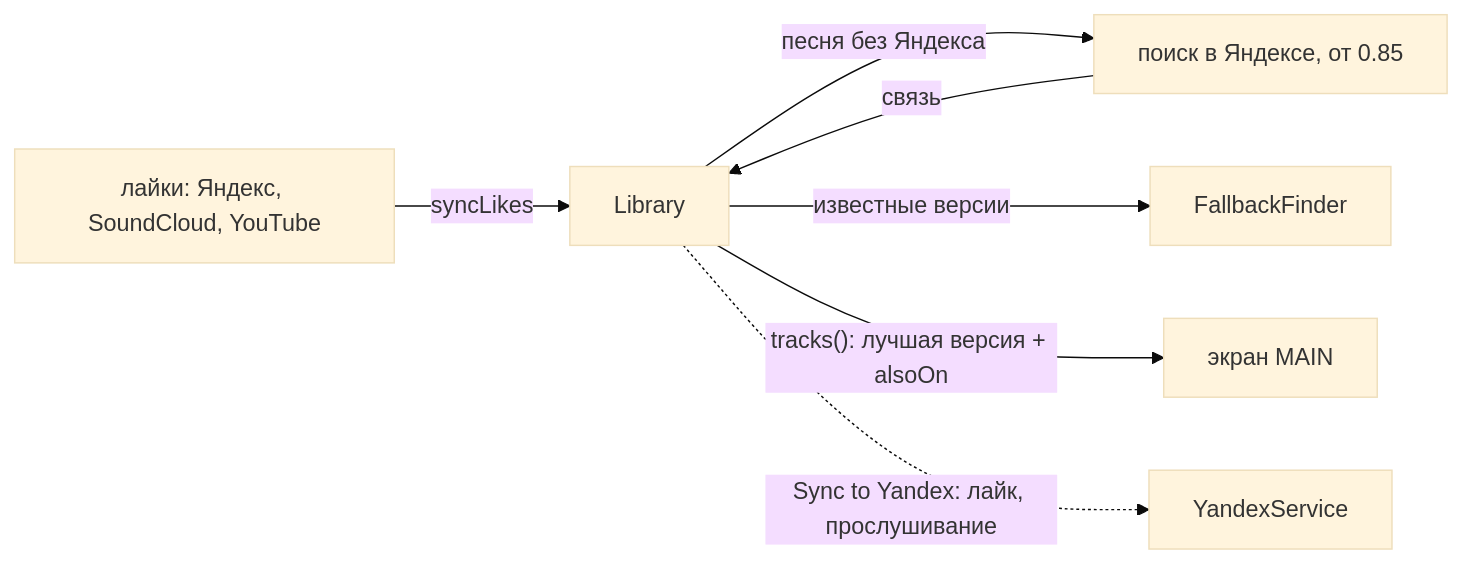
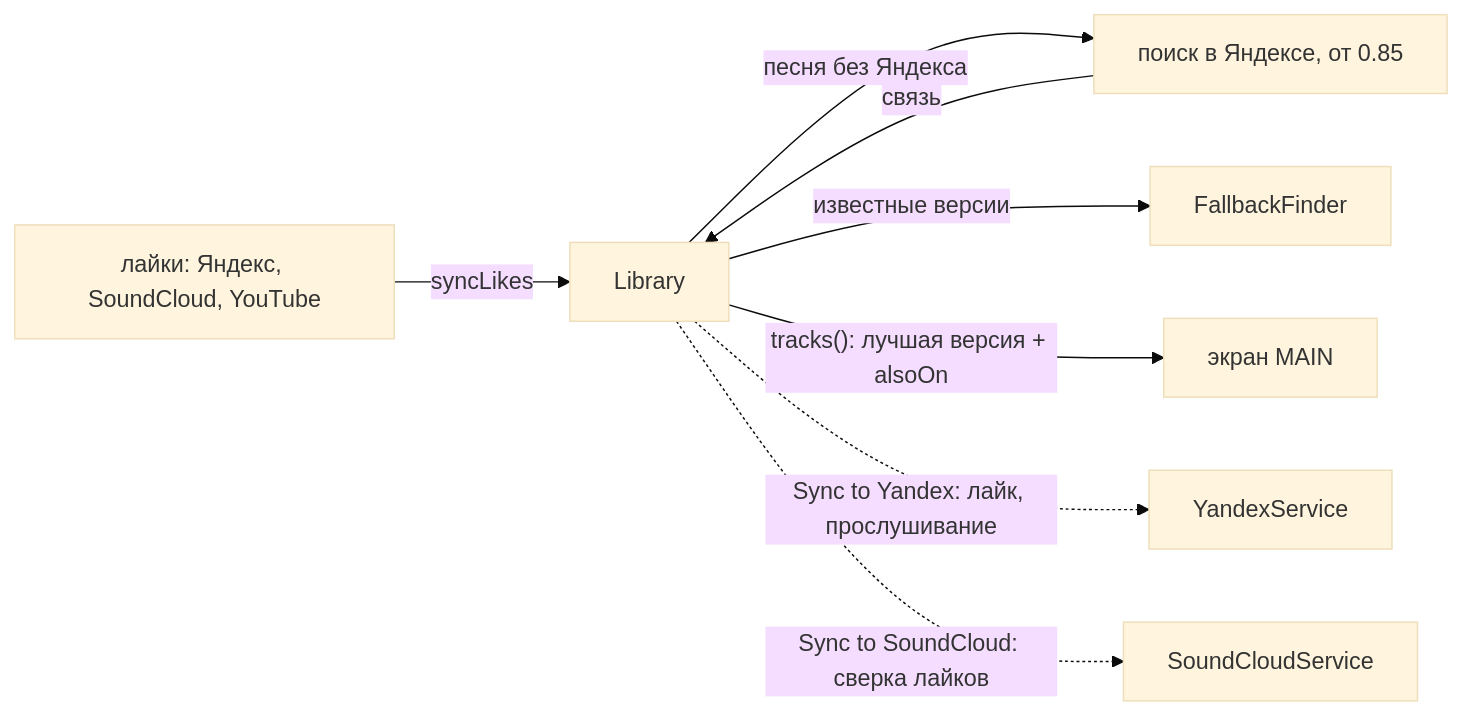
One commit to don-qu1xote/morph changed the fifth of 7 diagrams in docs/architecture.md. Above: the diagram before and after it, drawn with Mermaid (base theme). The commit also changed other lines of this file and 17 other files, not shown here.

Commit message:
[MORPH-SYNC-05] MAIN лайками на SoundCloud: сверка, которую не ломает суточный токен

````diff
--- a/docs/architecture.md
+++ b/docs/architecture.md
@@ -135,9 +135,10 @@
 ```mermaid
 flowchart LR
     L["лайки: Яндекс, SoundCloud, YouTube"] -->|syncLikes| LIB[Library]
     LIB -->|"песня без Яндекса"| S["поиск в Яндексе, от 0.85"]
     S -->|связь| LIB
     LIB -->|"известные версии"| F[FallbackFinder]
     LIB -->|"tracks(): лучшая версия + alsoOn"| Q[экран MAIN]
     LIB -.->|"Sync to Yandex: лайк, прослушивание"| Y[YandexService]
+    LIB -.->|"Sync to SoundCloud: сверка лайков"| SCS[SoundCloudService]
 ```
````
